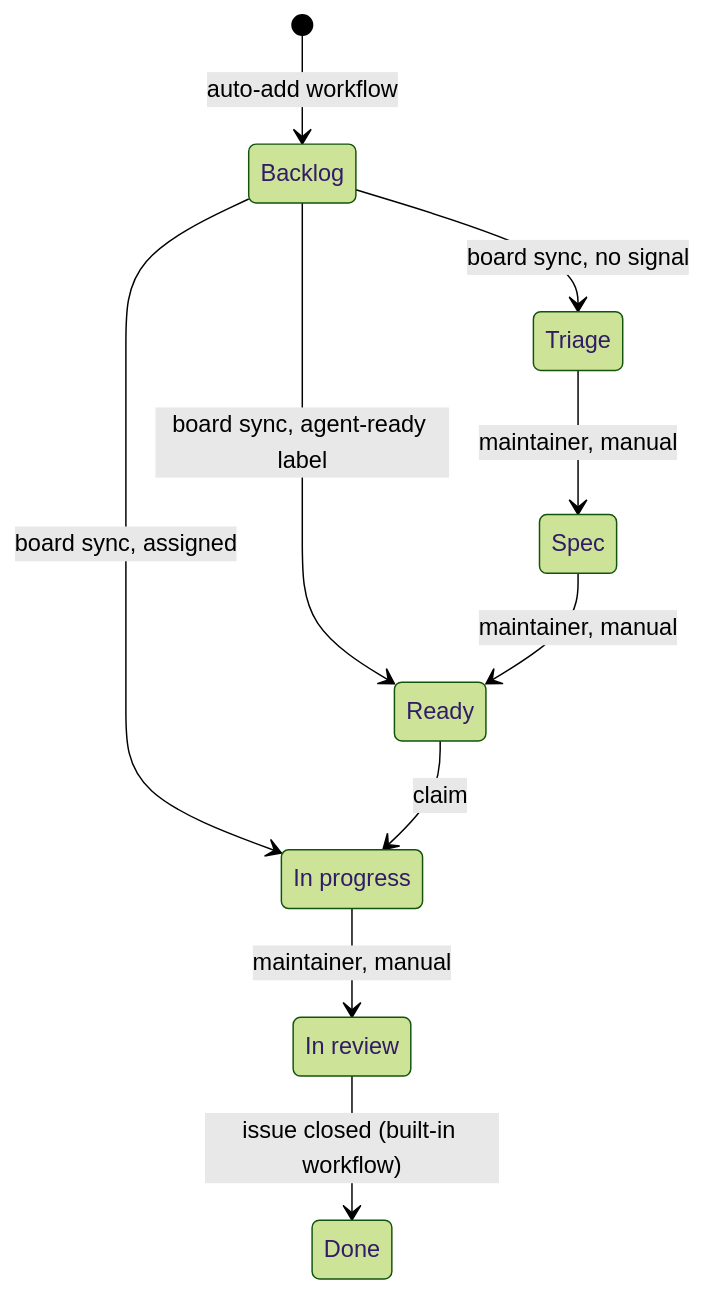
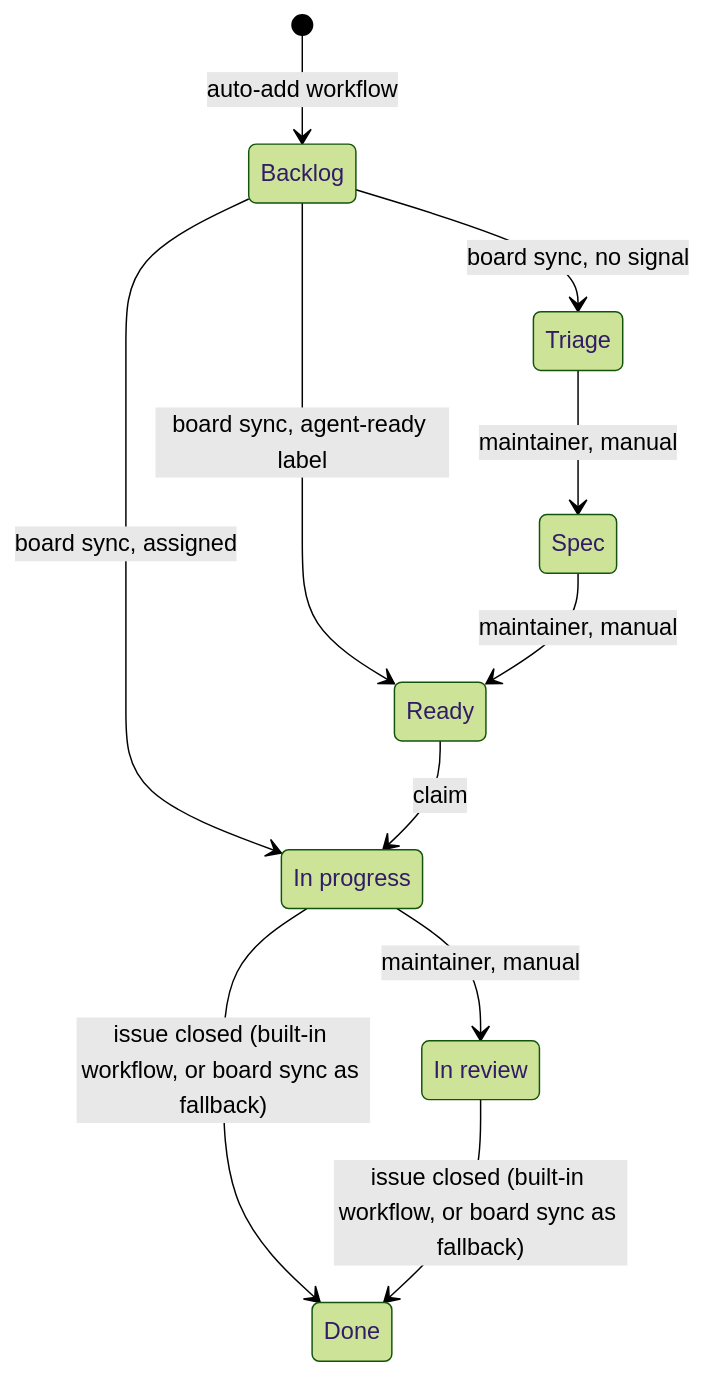
The first of 2 diagrams in docs/MIPs/MIP-0063-github-issue-tracking-standard.md (marola-dev/marola), drawn with Mermaid (forest theme) before and after one commit. The commit also changed other lines of this file and 2 other files, not shown here.

````diff
--- a/docs/MIPs/MIP-0063-github-issue-tracking-standard.md
+++ b/docs/MIPs/MIP-0063-github-issue-tracking-standard.md
@@ -283,14 +288,15 @@
 ```mermaid
 stateDiagram-v2
   state "In progress" as InProgress
   state "In review" as InReview
   [*] --> Backlog: auto-add workflow
   Backlog --> Triage: board sync, no signal
   Backlog --> Ready: board sync, agent-ready label
   Backlog --> InProgress: board sync, assigned
   Triage --> Spec: maintainer, manual
   Spec --> Ready: maintainer, manual
   Ready --> InProgress: claim
   InProgress --> InReview: maintainer, manual
-  InReview --> Done: issue closed (built-in workflow)
+  InProgress --> Done: issue closed (built-in workflow, or board sync as fallback)
+  InReview --> Done: issue closed (built-in workflow, or board sync as fallback)
 ```
````
